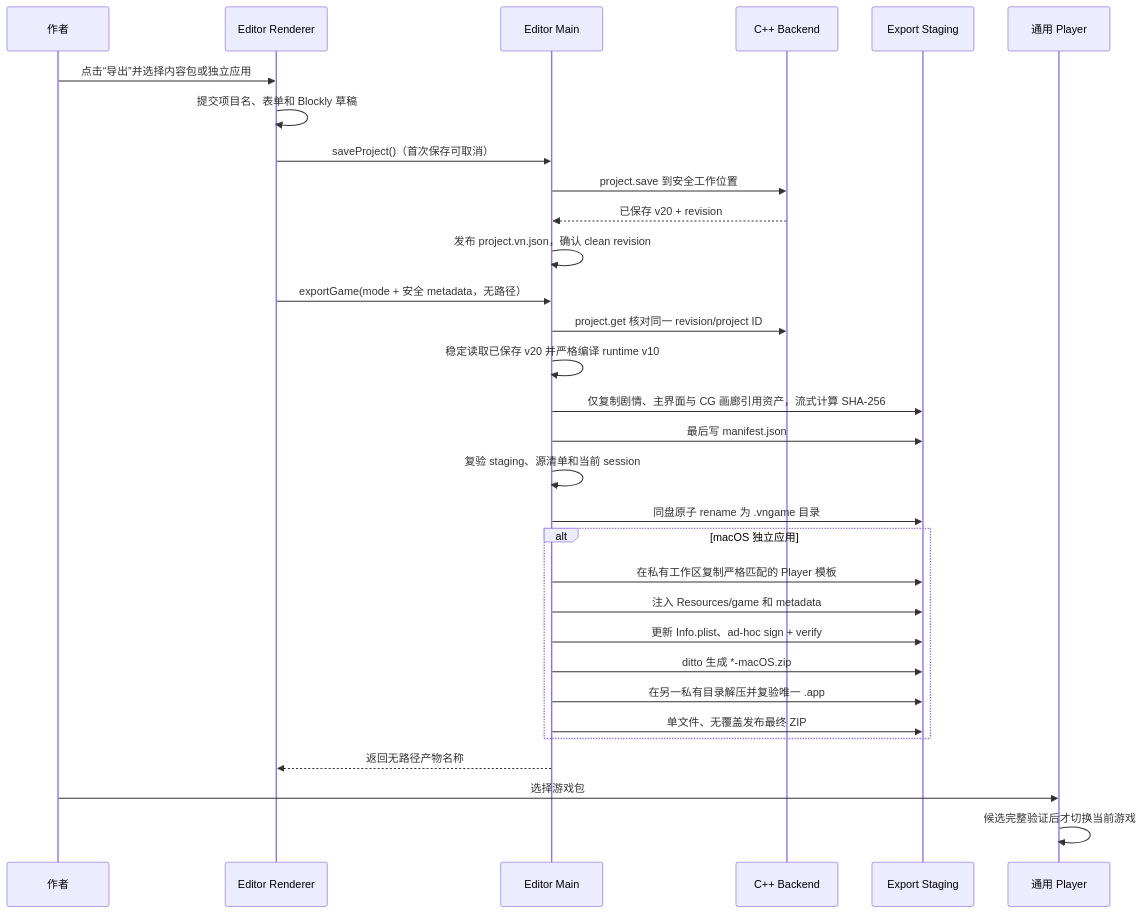
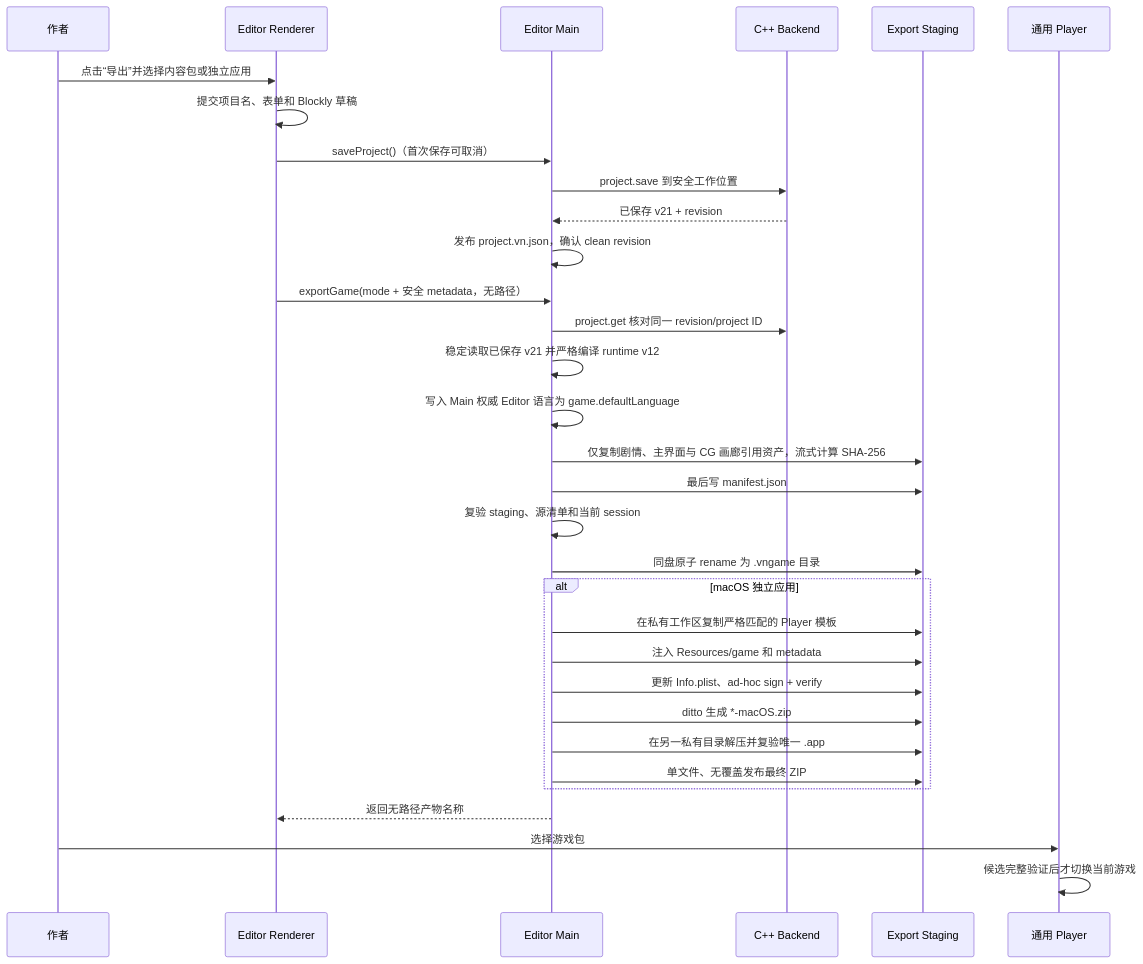
One commit to DarkboyRyan/Scratch-Novel-Engine changed the second of 3 diagrams in docs/game-export-player.md. Above: the diagram before and after it, drawn with Mermaid. The commit also changed other lines of this file and 187 other files, not shown here.

Commit message:
update logic section, fix export bug(exporting game should follow the language setting)

````diff
--- a/docs/game-export-player.md
+++ b/docs/game-export-player.md
@@ -366,34 +375,35 @@
 ```mermaid
 sequenceDiagram
   participant User as 作者
   participant UI as Editor Renderer
   participant Main as Editor Main
   participant CPP as C++ Backend
   participant Stage as Export Staging
   participant Player as 通用 Player
 
   User->>UI: 点击“导出”并选择内容包或独立应用
   UI->>UI: 提交项目名、表单和 Blockly 草稿
   UI->>Main: saveProject()（首次保存可取消）
   Main->>CPP: project.save 到安全工作位置
-  CPP-->>Main: 已保存 v20 + revision
+  CPP-->>Main: 已保存 v21 + revision
   Main->>Main: 发布 project.vn.json，确认 clean revision
   UI->>Main: exportGame(mode + 安全 metadata，无路径）
   Main->>CPP: project.get 核对同一 revision/project ID
-  Main->>Main: 稳定读取已保存 v20 并严格编译 runtime v10
+  Main->>Main: 稳定读取已保存 v21 并严格编译 runtime v12
+  Main->>Main: 写入 Main 权威 Editor 语言为 game.defaultLanguage
   Main->>Stage: 仅复制剧情、主界面与 CG 画廊引用资产，流式计算 SHA-256
   Main->>Stage: 最后写 manifest.json
   Main->>Main: 复验 staging、源清单和当前 session
   Main->>Stage: 同盘原子 rename 为 .vngame 目录
   alt macOS 独立应用
     Main->>Stage: 在私有工作区复制严格匹配的 Player 模板
     Main->>Stage: 注入 Resources/game 和 metadata
     Main->>Stage: 更新 Info.plist、ad-hoc sign + verify
     Main->>Stage: ditto 生成 *-macOS.zip
     Main->>Stage: 在另一私有目录解压并复验唯一 .app
     Main->>Stage: 单文件、无覆盖发布最终 ZIP
   end
   Main-->>UI: 返回无路径产物名称
   User->>Player: 选择游戏包
   Player->>Player: 候选完整验证后才切换当前游戏
 ```
````
